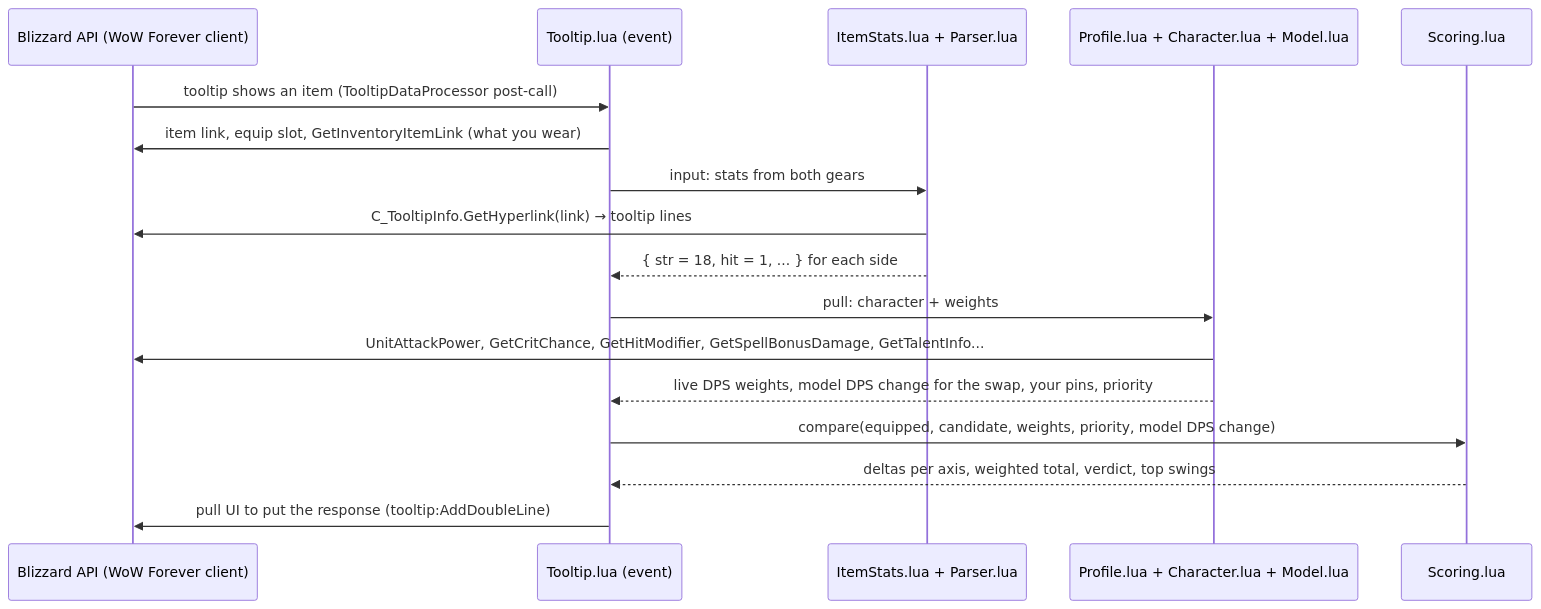
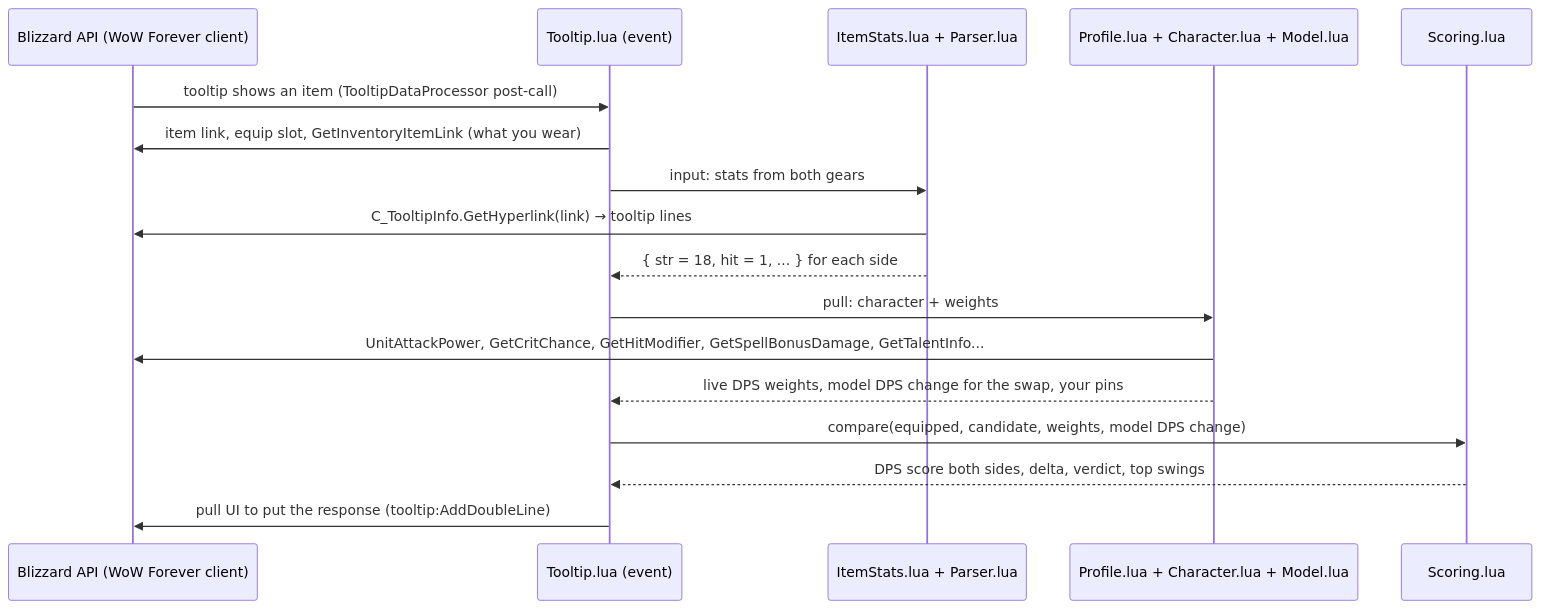
One commit to terry-turcotte/ForeverGearScale changed the diagram in README.md. Above: the diagram before and after it, drawn with Mermaid. The commit also changed other lines of this file and 10 other files, not shown here.

````diff
--- a/README.md
+++ b/README.md
@@ -76,20 +73,20 @@
 ```mermaid
 sequenceDiagram
     participant API as Blizzard API (WoW Forever client)
     participant Hook as Tooltip.lua (event)
     participant Stats as ItemStats.lua + Parser.lua
     participant Prof as Profile.lua + Character.lua + Model.lua
     participant Score as Scoring.lua
 
     API->>Hook: tooltip shows an item (TooltipDataProcessor post-call)
     Hook->>API: item link, equip slot, GetInventoryItemLink (what you wear)
     Hook->>Stats: input: stats from both gears
     Stats->>API: C_TooltipInfo.GetHyperlink(link) → tooltip lines
     Stats-->>Hook: { str = 18, hit = 1, ... } for each side
     Hook->>Prof: pull: character + weights
     Prof->>API: UnitAttackPower, GetCritChance, GetHitModifier, GetSpellBonusDamage, GetTalentInfo...
-    Prof-->>Hook: live DPS weights, model DPS change for the swap, your pins, priority
-    Hook->>Score: compare(equipped, candidate, weights, priority, model DPS change)
-    Score-->>Hook: deltas per axis, weighted total, verdict, top swings
+    Prof-->>Hook: live DPS weights, model DPS change for the swap, your pins
+    Hook->>Score: compare(equipped, candidate, weights, model DPS change)
+    Score-->>Hook: DPS score both sides, delta, verdict, top swings
     Hook->>API: pull UI to put the response (tooltip:AddDoubleLine)
 ```
````
